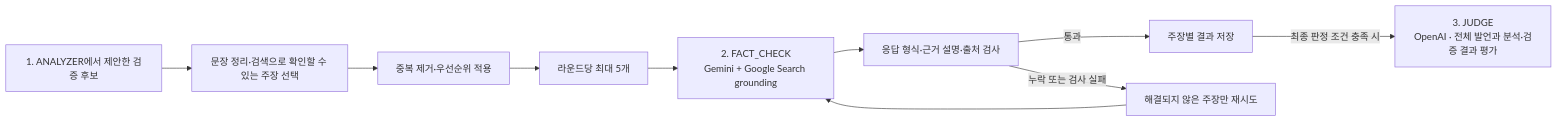
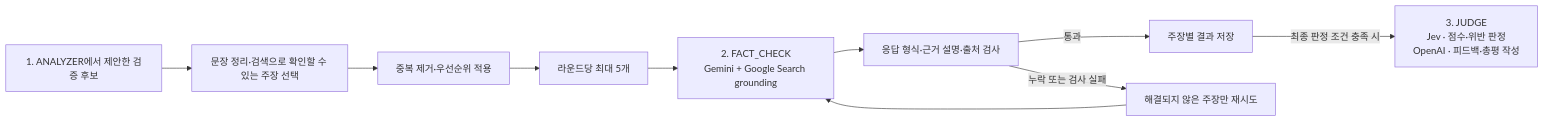
The fourth of 4 diagrams in README.md (org-heimdall/heimdall-backend), drawn with Mermaid before and after one commit. The commit also changed other lines of this file, not shown here.

````diff
--- a/README.md
+++ b/README.md
@@ -154,12 +154,12 @@
 ```mermaid
 flowchart LR
     Candidate["1. ANALYZER에서 제안한 검증 후보"] --> Screen[문장 정리·검색으로 확인할 수 있는 주장 선택]
     Screen --> Dedup[중복 제거·우선순위 적용]
     Dedup --> Batch[라운드당 최대 5개]
     Batch --> Search["2. FACT_CHECK<br/>Gemini + Google Search grounding"]
     Search --> Validate[응답 형식·근거 설명·출처 검사]
     Validate -->|통과| Save[주장별 결과 저장]
     Validate -->|누락 또는 검사 실패| Retry[해결되지 않은 주장만 재시도]
     Retry --> Search
-    Save -->|최종 판정 조건 충족 시| Judge["3. JUDGE<br/>OpenAI · 전체 발언과 분석·검증 결과 평가"]
+    Save -->|최종 판정 조건 충족 시| Judge["3. JUDGE<br/>Jev · 점수·위반 판정<br/>OpenAI · 피드백·총평 작성"]
 ```
````
